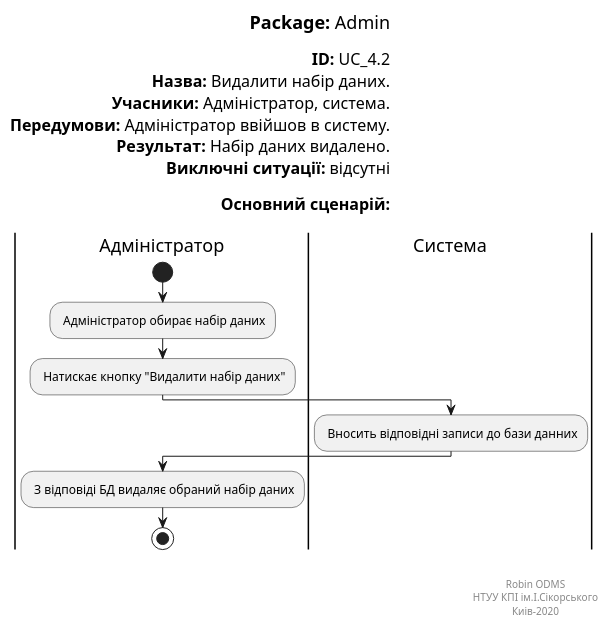
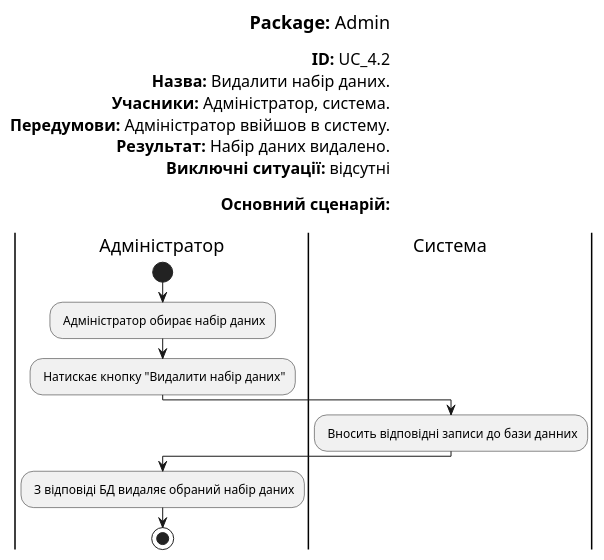
The diagram in src/uml/UC_4.2.puml (KarmazinN/db_open_data), drawn with PlantUML before and after one commit.

```diff
--- a/src/uml/UC_4.2.puml
+++ b/src/uml/UC_4.2.puml
@@ -1,45 +1,39 @@
 @startuml
 skinparam ArchimateBackgroundColor #ffffff
 skinparam	shadowing false
 skinparam Note {
 	BackgroundColor #f85658
 	FontColor #ffffff
 }
 
 left header
 <font color=000 size=18><b>Package:</b> Admin
 
 <font color=000 size=16><b>ID:</b> UC_4.2
 <font color=000 size=16><b>Назва:</b> Видалити набір даних.
 <font color=000 size=16><b>Учасники:</b> Адміністратор, система.
 <font color=000 size=16><b>Передумови:</b> Адміністратор ввійшов в систему.
 <font color=000 size=16><b>Результат:</b> Набір даних видалено.
 <font color=000 size=16><b>Виключні ситуації:</b> відсутні
 
 <font color=000 size=16><b>Основний сценарій:</b>
 
 end header
 
 |Адміністратор|
 start
 : Адміністратор обирає набір даних;
 : Натискає кнопку "Видалити набір даних";
 
 |Система|
 
 : Вносить відповідні записи до бази данних;
 
 |Адміністратор|
 
 : З відповіді БД видаляє обраний набір даних;
 
 stop;
 
-right footer
 
-
-Robin ODMS
-НТУУ КПІ ім.І.Сікорського
-Киів-2020
-end footer
 @enduml
```
